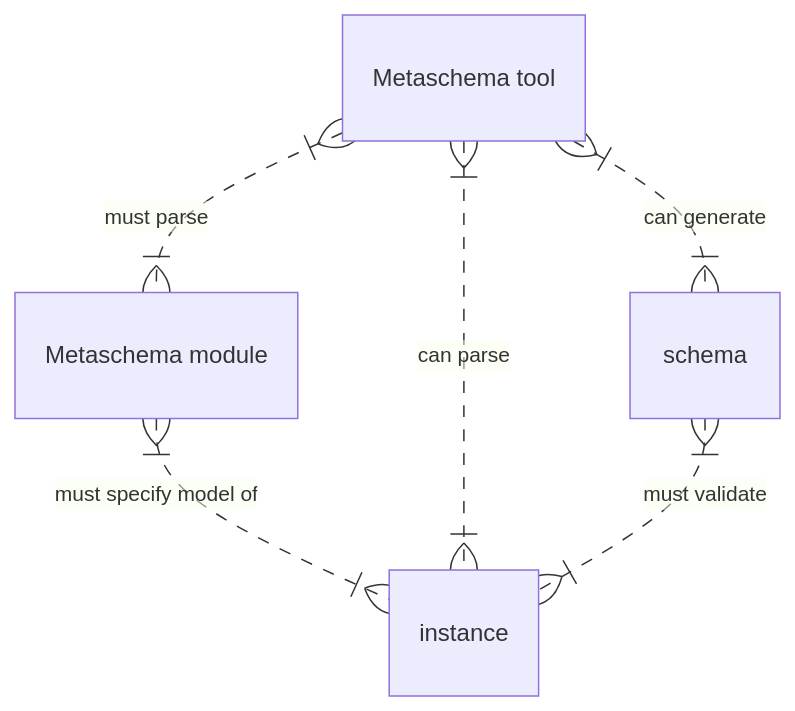
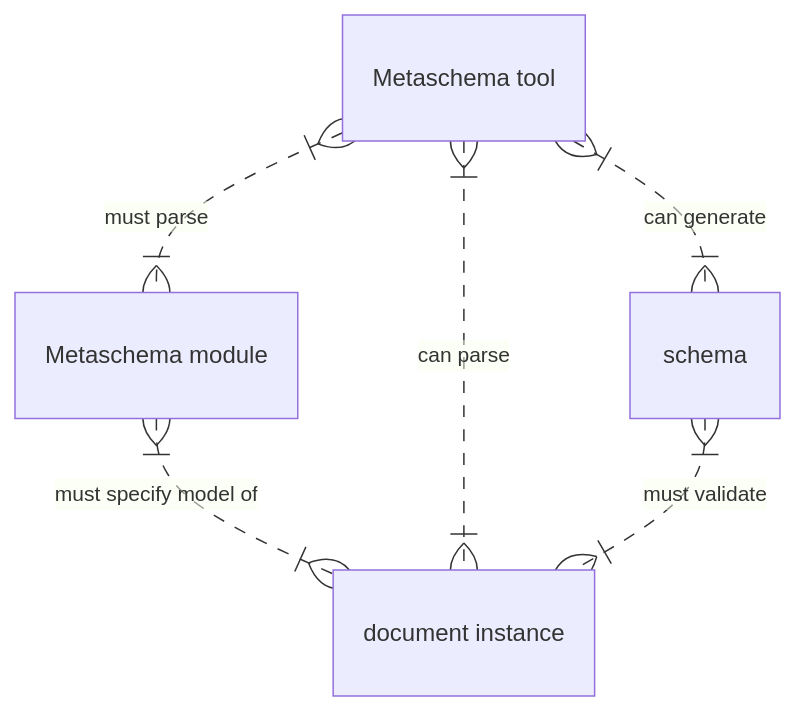
Before and after one commit to usnistgov/metaschema: the diagram in website/content/tutorials/1-getting-started/_index.md, drawn with Mermaid. The commit also changed other lines of this file and 1 other file, not shown here.

Commit message:
Apply suggestions from code review

````diff
--- a/website/content/tutorials/1-getting-started/_index.md
+++ b/website/content/tutorials/1-getting-started/_index.md
@@ -28,9 +28,9 @@
 ```mermaid
 erDiagram
 
-  "Metaschema module" }|..|{ "instance" : "must specify model of"
+  "Metaschema module" }|..|{ "document instance" : "must specify model of"
   "Metaschema tool" }|..|{ "Metaschema module" : "must parse"
-  "Metaschema tool" }|..|{ "instance" : "can parse"
+  "Metaschema tool" }|..|{ "document instance" : "can parse"
   "Metaschema tool" }|..|{ "schema" : "can generate"
-  "schema" }|..|{ "instance" : "must validate"
+  "schema" }|..|{ "document instance" : "must validate"
 ```
````
